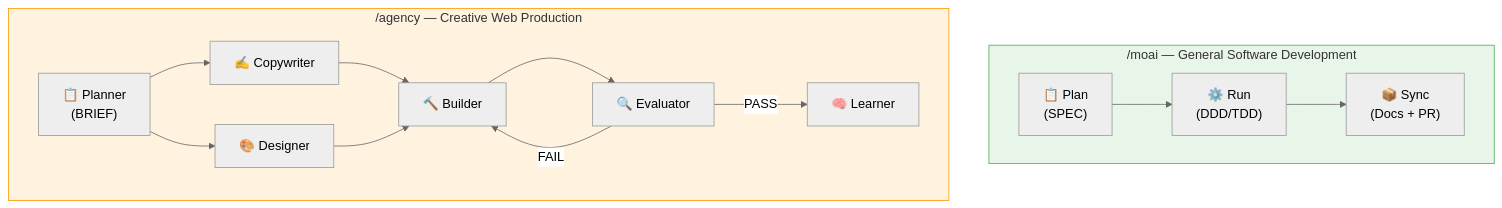
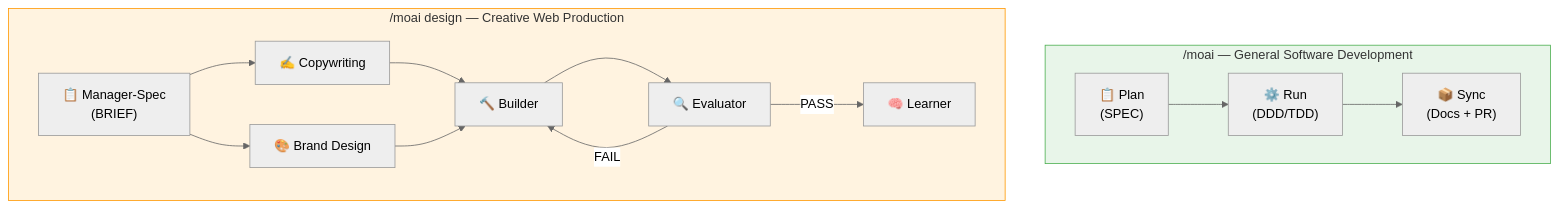
The seventh of 10 diagrams in README.md (modu-ai/moai-adk), drawn with Mermaid (neutral theme) before and after one commit. The commit also changed other lines of this file and 4 other files, not shown here.

````diff
--- a/README.md
+++ b/README.md
@@ -902,21 +902,21 @@
 ```mermaid
 flowchart TB
     subgraph MOAI["/moai — General Software Development"]
         direction LR
         M1["📋 Plan<br>(SPEC)"] --> M2["⚙️ Run<br>(DDD/TDD)"] --> M3["📦 Sync<br>(Docs + PR)"]
     end
 
-    subgraph AGENCY["/agency — Creative Web Production"]
+    subgraph DESIGN["/moai design — Creative Web Production"]
         direction LR
-        A1["📋 Planner<br>(BRIEF)"] --> A2["✍️ Copywriter"]
-        A1 --> A3["🎨 Designer"]
-        A2 --> A4["🔨 Builder"]
-        A3 --> A4
-        A4 --> A5["🔍 Evaluator"]
-        A5 -->|"FAIL"| A4
-        A5 -->|"PASS"| A6["🧠 Learner"]
+        D1["📋 Manager-Spec<br>(BRIEF)"] --> D2["✍️ Copywriting"]
+        D1 --> D3["🎨 Brand Design"]
+        D2 --> D4["🔨 Builder"]
+        D3 --> D4
+        D4 --> D5["🔍 Evaluator"]
+        D5 -->|"FAIL"| D4
+        D5 -->|"PASS"| D6["🧠 Learner"]
     end
 
     style MOAI fill:#e8f5e9,stroke:#4caf50
-    style AGENCY fill:#fff3e0,stroke:#ff9800
+    style DESIGN fill:#fff3e0,stroke:#ff9800
 ```
````
